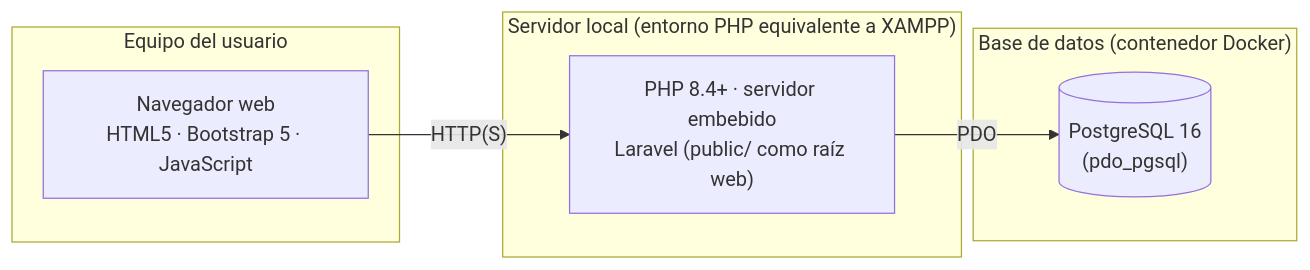
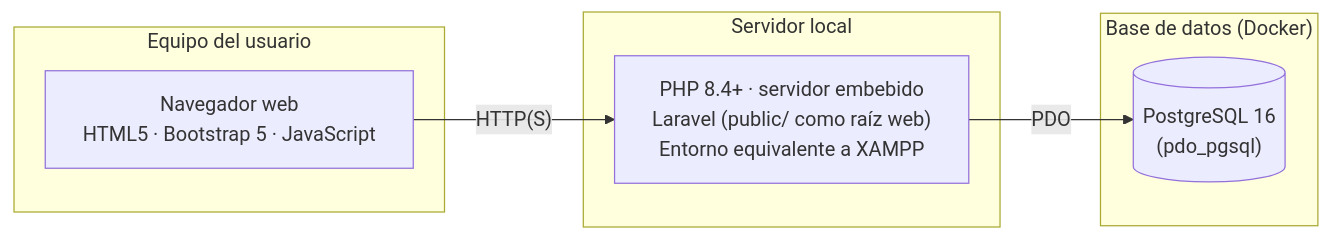
One commit to Einarpd26/2do-examen-ing-requisitos changed the tenth of 15 diagrams in documento/Informe-Final.md. Above: the diagram before and after it, drawn with Mermaid. The commit also changed other lines of this file, not shown here.

Commit message:
docs(diagramas): corregir etiquetas cortadas y saltos de linea en los diagramas Mermaid y ajustar el ancho de los de secuencia

````diff
--- a/documento/Informe-Final.md
+++ b/documento/Informe-Final.md
@@ -1014,14 +1018,15 @@
 ```mermaid
+%%{init: {"flowchart": {"wrappingWidth": 320}}}%%
 flowchart LR
     subgraph Cliente["Equipo del usuario"]
-        N["Navegador web\nHTML5 · Bootstrap 5 · JavaScript"]
+        N["Navegador web<br/>HTML5 · Bootstrap 5 · JavaScript"]
     end
-    subgraph Servidor["Servidor local (entorno PHP equivalente a XAMPP)"]
-        A["PHP 8.4+ · servidor embebido\nLaravel (public/ como raíz web)"]
+    subgraph Servidor["Servidor local"]
+        A["PHP 8.4+ · servidor embebido<br/>Laravel (public/ como raíz web)<br/>Entorno equivalente a XAMPP"]
     end
-    subgraph BD["Base de datos (contenedor Docker)"]
-        P[("PostgreSQL 16\n(pdo_pgsql)")]
+    subgraph BD["Base de datos (Docker)"]
+        P[("PostgreSQL 16<br/>(pdo_pgsql)")]
     end
     N -- "HTTP(S)" --> A
     A -- "PDO" --> P
 ```
````
